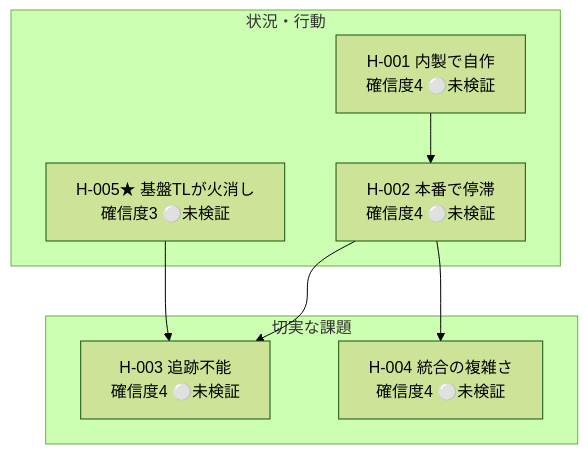
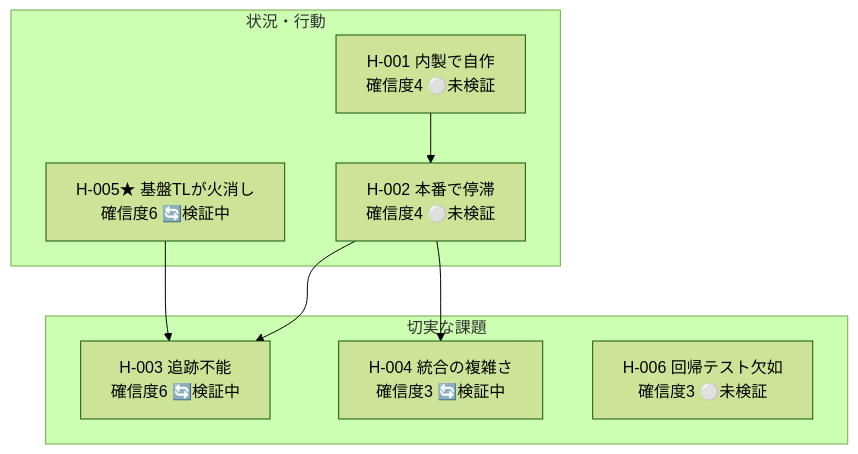
Before and after one commit to haru01/hypothesis-wiki: the diagram in projects/agent-platform/wiki/views/hypotheses-list.md, drawn with Mermaid (forest theme). The commit also changed other lines of this file and 13 other files, not shown here.

````diff
--- a/projects/agent-platform/wiki/views/hypotheses-list.md
+++ b/projects/agent-platform/wiki/views/hypotheses-list.md
@@ -9,16 +10,17 @@
 ```mermaid
 flowchart TB
     subgraph beh["状況・行動"]
       AGP_H_001["H-001 内製で自作<br/>確信度4 ⚪未検証"]
       AGP_H_002["H-002 本番で停滞<br/>確信度4 ⚪未検証"]
-      AGP_H_005["H-005★ 基盤TLが火消し<br/>確信度3 ⚪未検証"]
+      AGP_H_005["H-005★ 基盤TLが火消し<br/>確信度6 🔄検証中"]
     end
     subgraph prob["切実な課題"]
-      AGP_H_003["H-003 追跡不能<br/>確信度4 ⚪未検証"]
-      AGP_H_004["H-004 統合の複雑さ<br/>確信度4 ⚪未検証"]
+      AGP_H_003["H-003 追跡不能<br/>確信度6 🔄検証中"]
+      AGP_H_004["H-004 統合の複雑さ<br/>確信度3 🔄検証中"]
+      AGP_H_006["H-006 回帰テスト欠如<br/>確信度3 ⚪未検証"]
     end
     AGP_H_001 --> AGP_H_002
     AGP_H_002 --> AGP_H_003
     AGP_H_002 --> AGP_H_004
     AGP_H_005 --> AGP_H_003
 ```
````
